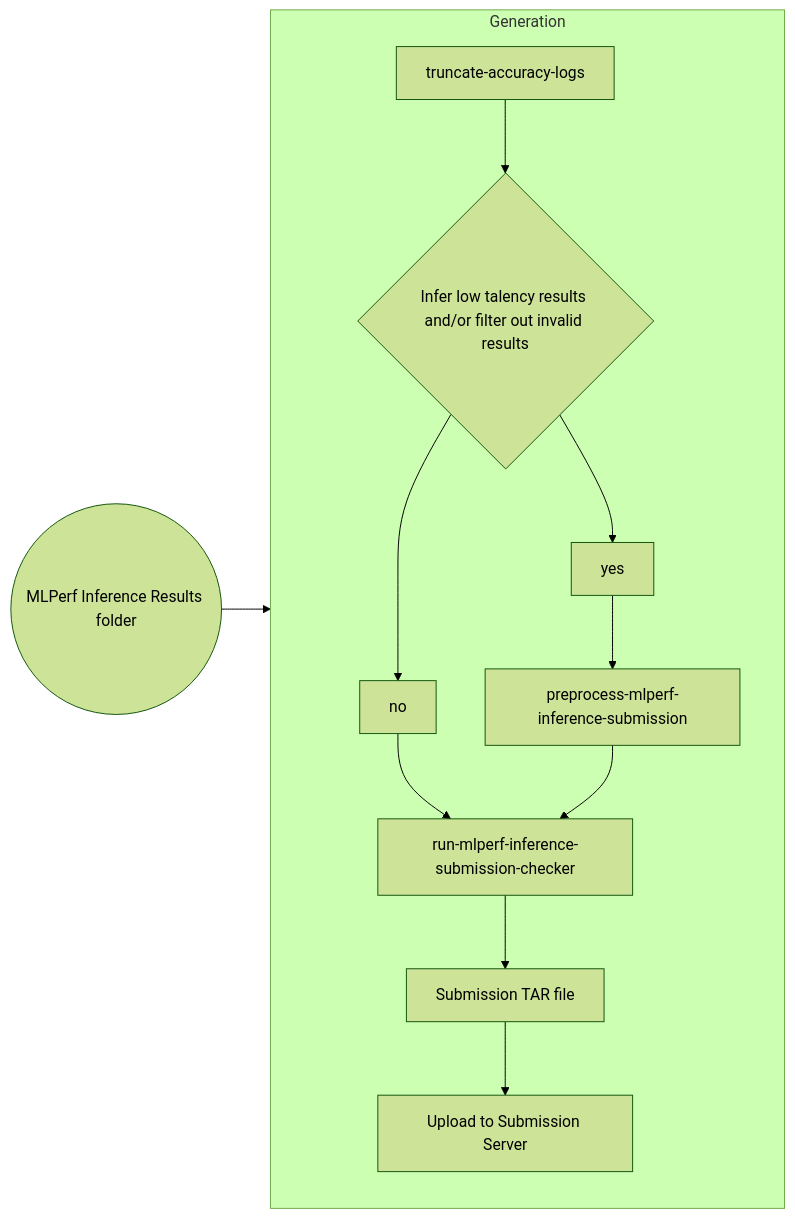
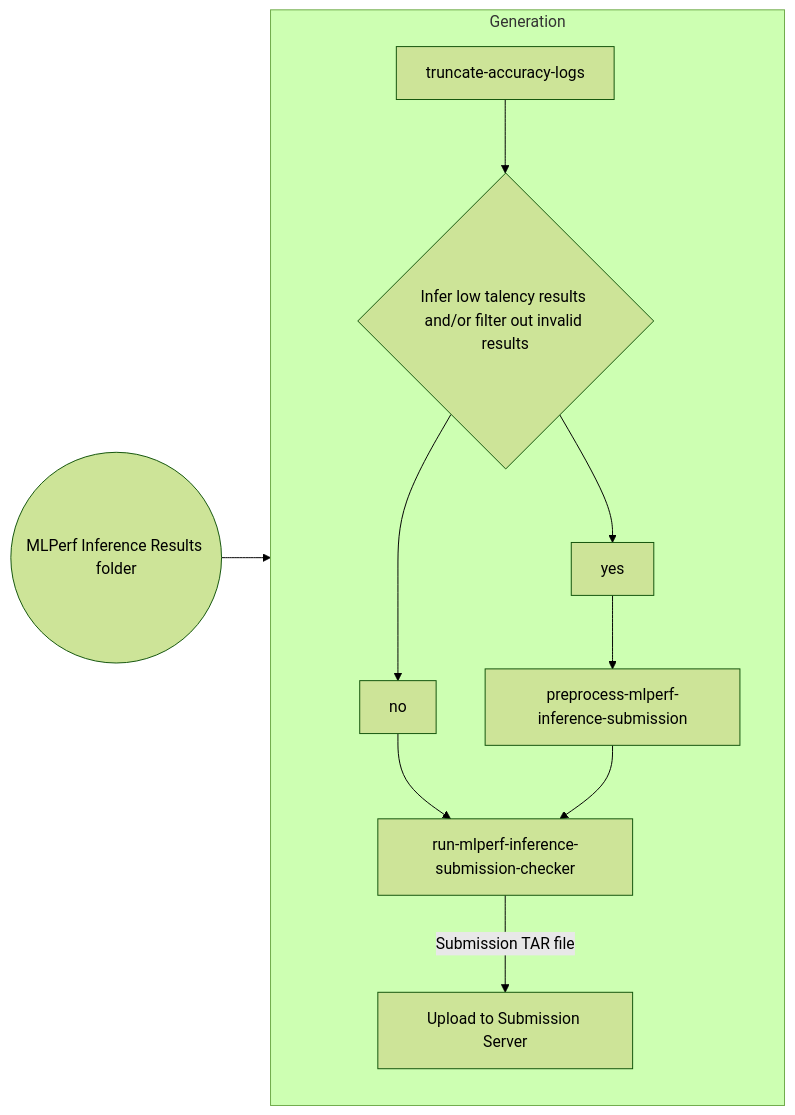
One commit to GATEOverflow/inference changed the diagram in docs/submission/index.md. Above: the diagram before and after it, drawn with Mermaid (forest theme).

````diff
--- a/docs/submission/index.md
+++ b/docs/submission/index.md
@@ -13,13 +13,12 @@
 ```mermaid
 flowchart LR
     subgraph Generation
       direction TB
       C[truncate-accuracy-logs] --> D{Infer low talency results and/or filter out invalid results}
       D --> yes --> E[preprocess-mlperf-inference-submission]
       D --> no --> F[run-mlperf-inference-submission-checker]
       E --> F
-      F --> G[Submission TAR file]
-      G --> H[Upload to Submission Server]
+      F --  "Submission TAR file" --> H[Upload to Submission Server]
     end
     Input((MLPerf Inference Results folder)) --> Generation
 ```
````
